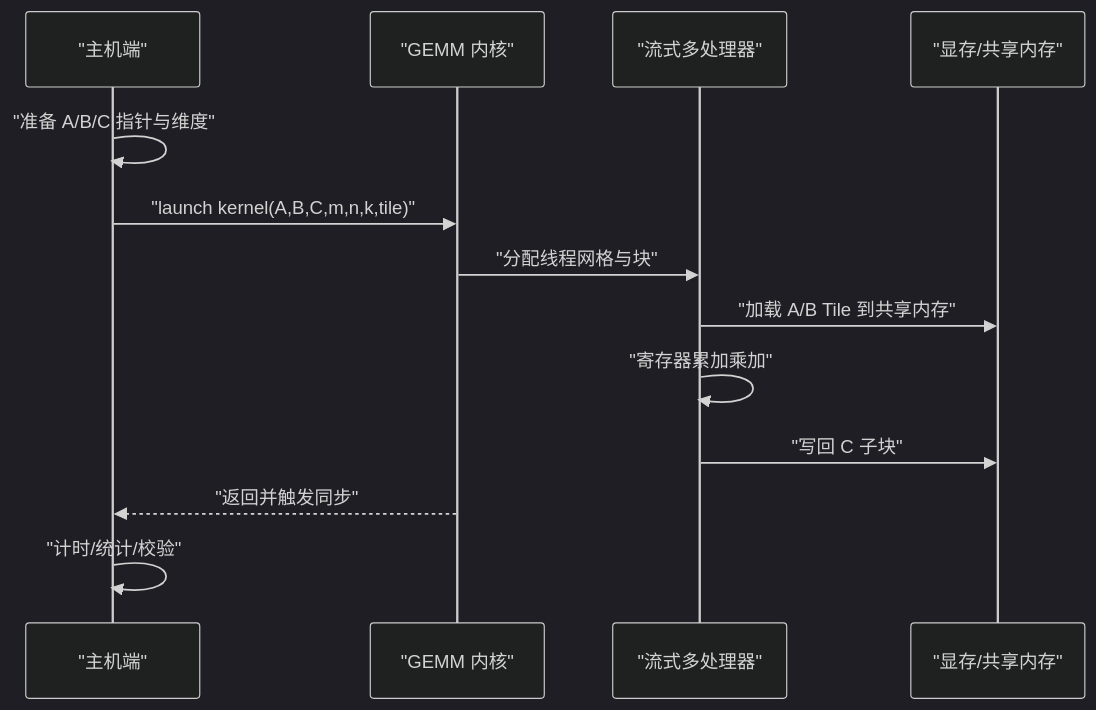
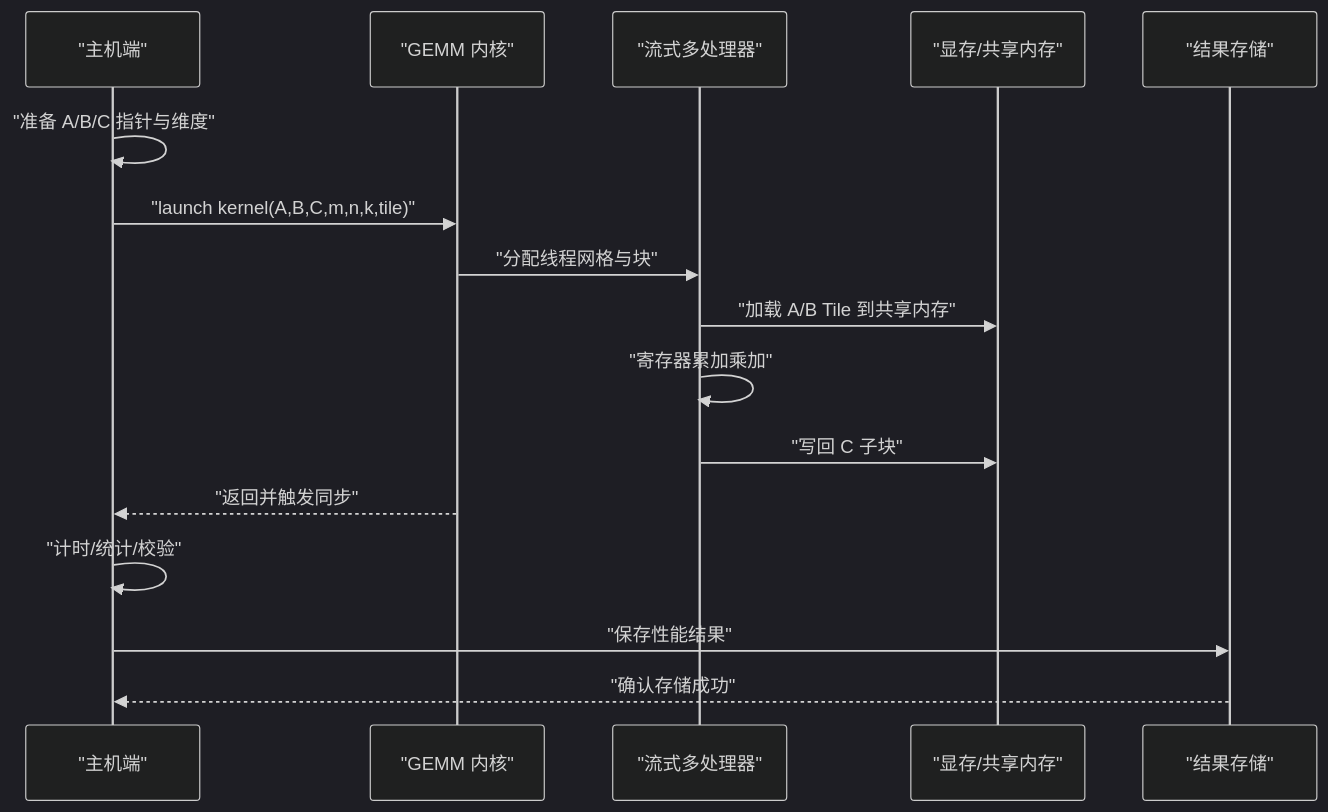
The second of 6 diagrams in .qoder/repowiki/zh/content/技术实现/技术实现.md (Bitllion/gemm_benchmark), drawn with Mermaid (dark theme) before and after one commit. The commit also changed other lines of this file and 5 other files, not shown here.

````diff
--- a/.qoder/repowiki/zh/content/技术实现/技术实现.md
+++ b/.qoder/repowiki/zh/content/技术实现/技术实现.md
@@ -64,15 +83,18 @@
 ```mermaid
 sequenceDiagram
 participant Host as "主机端"
 participant Kernel as "GEMM 内核"
 participant SM as "流式多处理器"
 participant Mem as "显存/共享内存"
+participant Result as "结果存储"
 Host->>Host : "准备 A/B/C 指针与维度"
 Host->>Kernel : "launch kernel(A,B,C,m,n,k,tile)"
 Kernel->>SM : "分配线程网格与块"
 SM->>Mem : "加载 A/B Tile 到共享内存"
 SM->>SM : "寄存器累加乘加"
 SM->>Mem : "写回 C 子块"
 Kernel-->>Host : "返回并触发同步"
 Host->>Host : "计时/统计/校验"
+Host->>Result : "保存性能结果"
+Result-->>Host : "确认存储成功"
 ```
````
